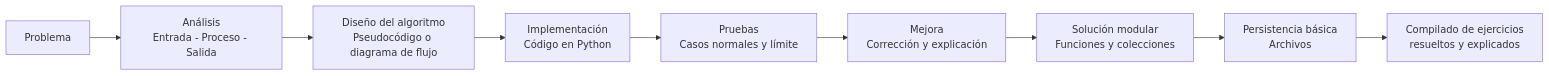
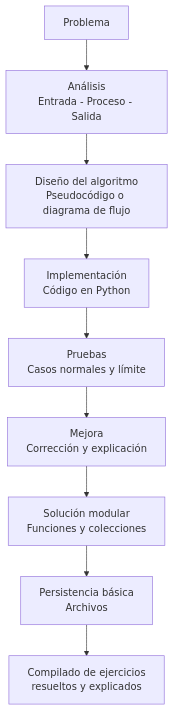
Before and after one commit to recursosdecursos/fp2026: the diagram in docs/index.md, drawn with Mermaid.

````diff
--- a/docs/index.md
+++ b/docs/index.md
@@ -44,19 +44,19 @@
 ```mermaid
-flowchart LR
+flowchart TD
 
 A[Problema] --> B[Análisis<br>Entrada - Proceso - Salida]
 
 B --> C[Diseño del algoritmo<br>Pseudocódigo o diagrama de flujo]
 
 C --> D[Implementación<br>Código en Python]
 
 D --> E[Pruebas<br>Casos normales y límite]
 
 E --> F[Mejora<br>Corrección y explicación]
 
 F --> G[Solución modular<br>Funciones y colecciones]
 
 G --> H[Persistencia básica<br>Archivos]
 
 H --> I[Compilado de ejercicios<br>resueltos y explicados]
 ```
````
